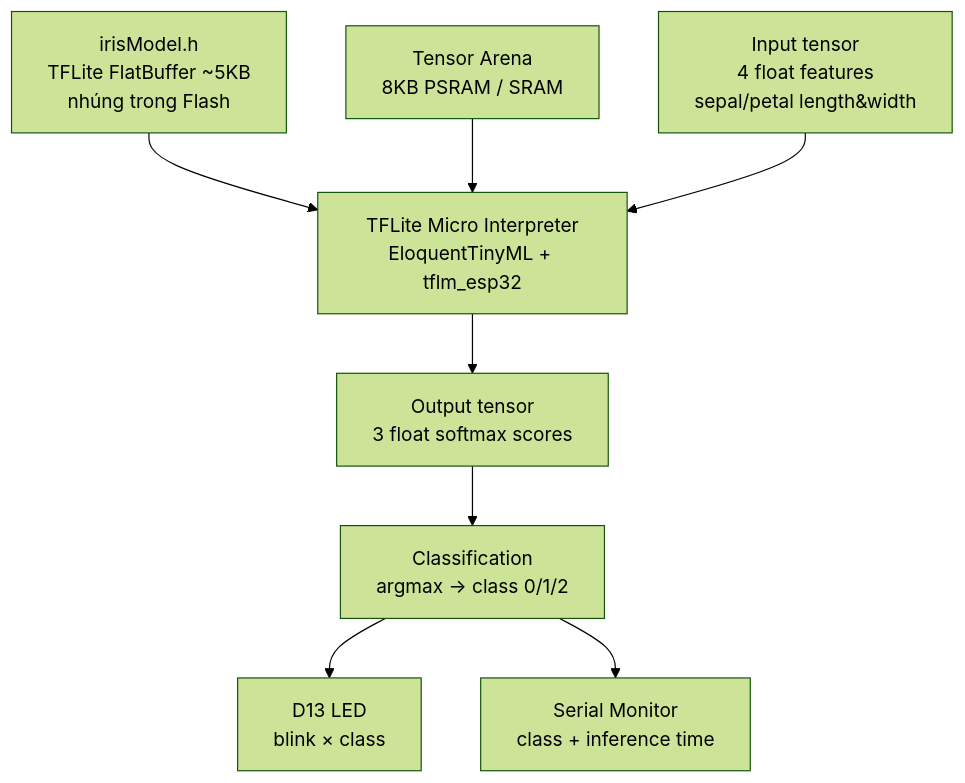
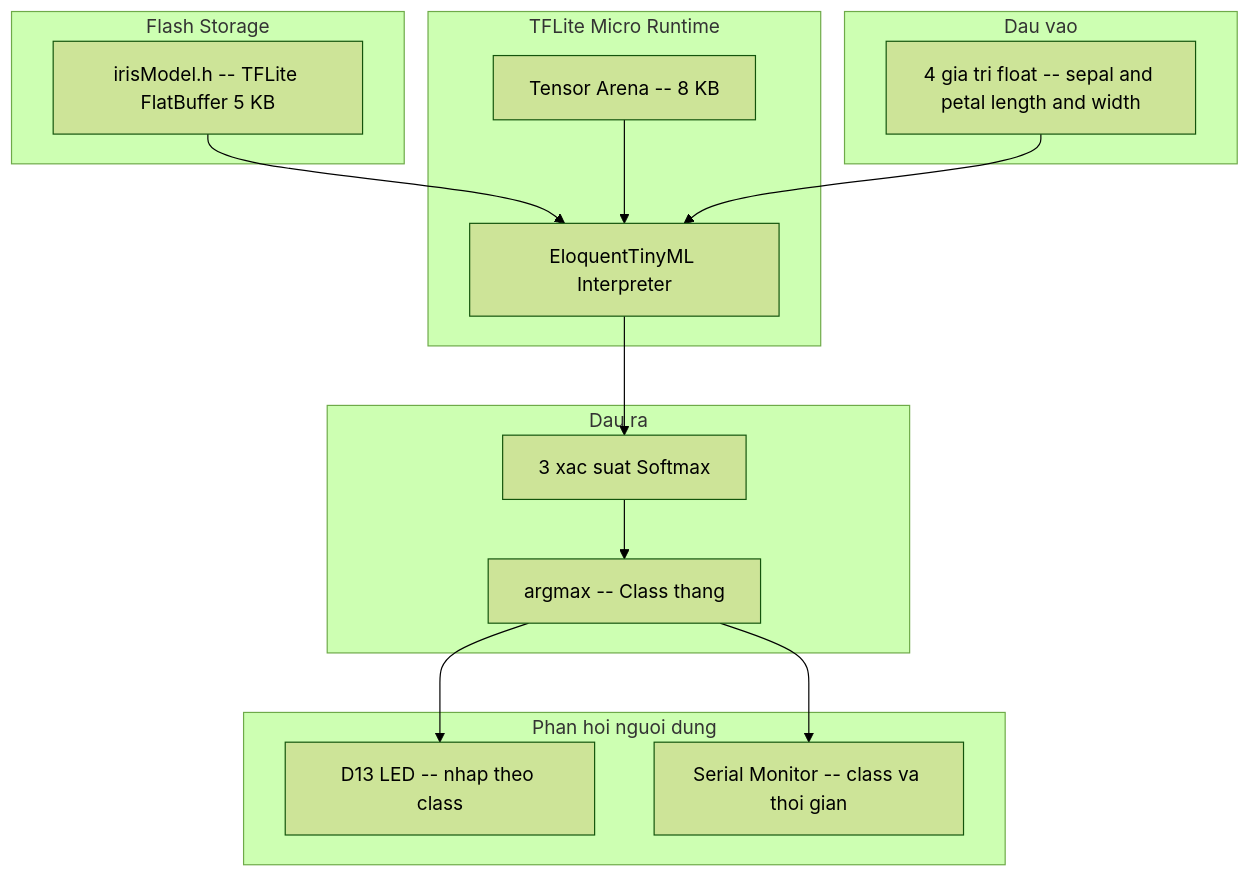
One commit to minhducnt/iot-lab-yolouno changed the tenth of 16 diagrams in LAB_NOTES.md. Above: the diagram before and after it, drawn with Mermaid (forest theme). The commit also changed other lines of this file, not shown here.

First line of the commit message:
docs: redesign Iris model diagrams — clean labels, subgraphs, TD layout

````diff
--- a/LAB_NOTES.md
+++ b/LAB_NOTES.md
@@ -318,19 +318,33 @@
 ```mermaid
 flowchart TD
-    MODEL["irisModel.h\nTFLite FlatBuffer ~5KB\nnhúng trong Flash"]
-    ARENA["Tensor Arena\n8KB PSRAM / SRAM"]
-    INFER["TFLite Micro Interpreter\nEloquentTinyML + tflm_esp32"]
-    INPUT["Input tensor\n4 float features\nsepal/petal length&width"]
-    OUTPUT["Output tensor\n3 float softmax scores"]
-    CLASS["Classification\nargmax → class 0/1/2"]
-    LED["D13 LED\nblink × class"]
-    SER["Serial Monitor\nclass + inference time"]
+    subgraph flash [Flash Storage]
+        MODEL[irisModel.h -- TFLite FlatBuffer 5 KB]
+    end
+
+    subgraph runtime [TFLite Micro Runtime]
+        ARENA[Tensor Arena -- 8 KB]
+        INFER[EloquentTinyML Interpreter]
+    end
+
+    subgraph input [Dau vao]
+        IN[4 gia tri float -- sepal and petal length and width]
+    end
+
+    subgraph output [Dau ra]
+        SCORES[3 xac suat Softmax]
+        ARGMAX[argmax -- Class thang]
+    end
+
+    subgraph feedback [Phan hoi nguoi dung]
+        LED[D13 LED -- nhap theo class]
+        SER[Serial Monitor -- class va thoi gian]
+    end
 
     MODEL --> INFER
     ARENA --> INFER
-    INPUT --> INFER
-    INFER --> OUTPUT
-    OUTPUT --> CLASS
-    CLASS --> LED
-    CLASS --> SER
+    IN --> INFER
+    INFER --> SCORES
+    SCORES --> ARGMAX
+    ARGMAX --> LED
+    ARGMAX --> SER
 ```
````
